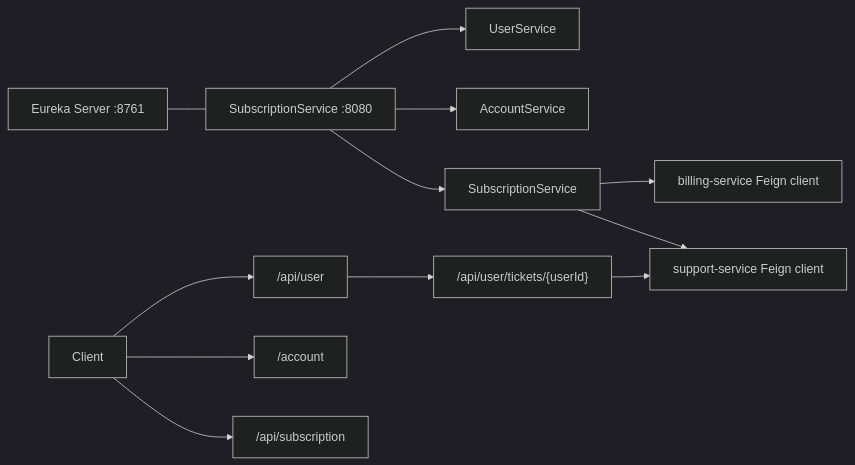
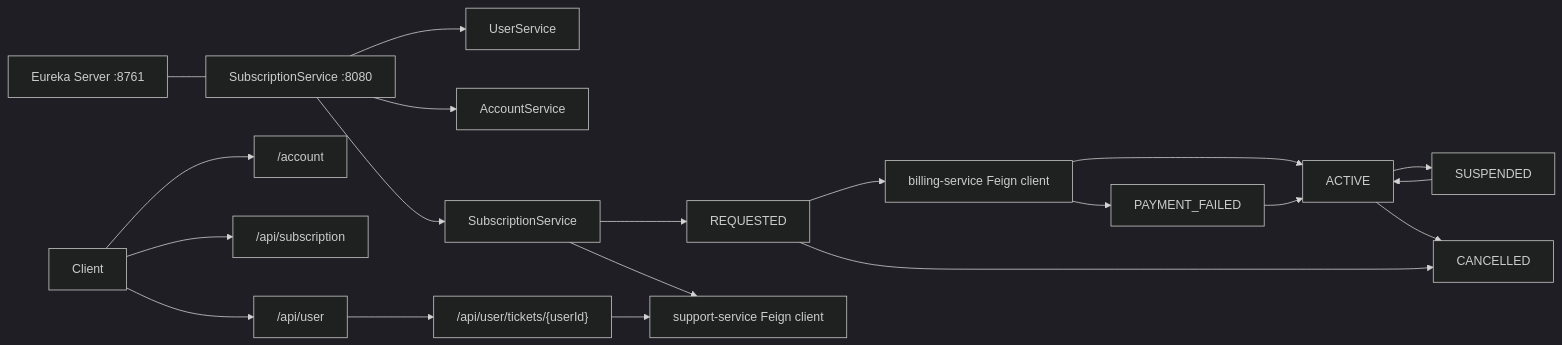
Before and after one commit to byte2code/telecom-subscription-service: the diagram in README.md, drawn with Mermaid (dark theme). The commit also changed other lines of this file and 7 other files, not shown here.

````diff
--- a/README.md
+++ b/README.md
@@ -191,16 +205,24 @@
 ```mermaid
 flowchart LR
     Client[Client] --> UserAPI["/api/user"]
     Client --> AccountAPI["/account"]
     Client --> SubAPI["/api/subscription"]
 
     Eureka["Eureka Server :8761"] --- App["SubscriptionService :8080"]
     App --> UserService["UserService"]
     App --> AccountService["AccountService"]
     App --> SubService["SubscriptionService"]
 
-    SubService --> BillingClient["billing-service Feign client"]
+    SubService --> Requested["REQUESTED"]
+    Requested --> BillingClient["billing-service Feign client"]
+    BillingClient --> Active["ACTIVE"]
+    BillingClient --> PaymentFailed["PAYMENT_FAILED"]
+    Active --> Suspended["SUSPENDED"]
+    Suspended --> Active
+    Active --> Cancelled["CANCELLED"]
+    Requested --> Cancelled
+    PaymentFailed --> Active
     SubService --> SupportClient["support-service Feign client"]
     UserAPI --> Tickets["/api/user/tickets/{userId}"]
     Tickets --> SupportClient
 ```
````
